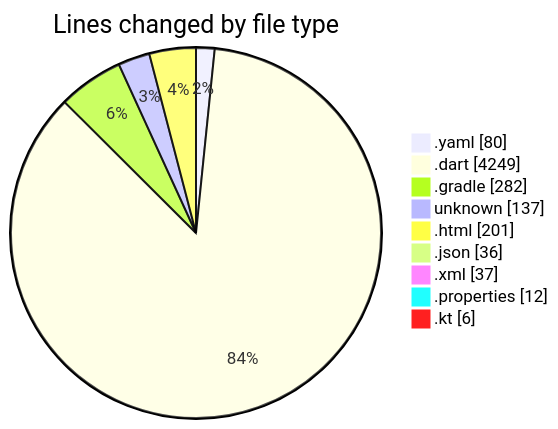
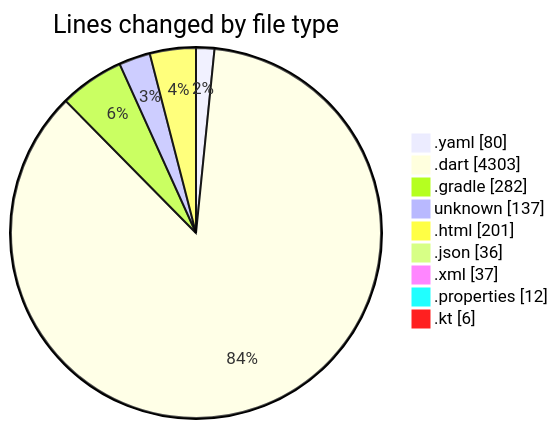
One commit to lephambinh05/code-tracking changed the first of 2 diagrams in 2025-09-02/quanlylink/README.md. Above: the diagram before and after it, drawn with Mermaid. The commit also changed other lines of this file and 1 other file, not shown here.

````diff
--- a/2025-09-02/quanlylink/README.md
+++ b/2025-09-02/quanlylink/README.md
@@ -47,13 +47,13 @@
 ```mermaid
 pie showData
 title Lines changed by file type
 ".yaml" : 80
-".dart" : 4249
+".dart" : 4303
 ".gradle" : 282
 "unknown" : 137
 ".html" : 201
 ".json" : 36
 ".xml" : 37
 ".properties" : 12
 ".kt" : 6
 ```
````
